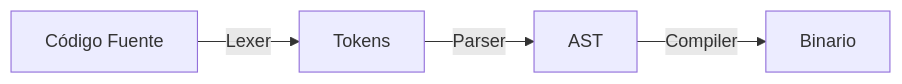
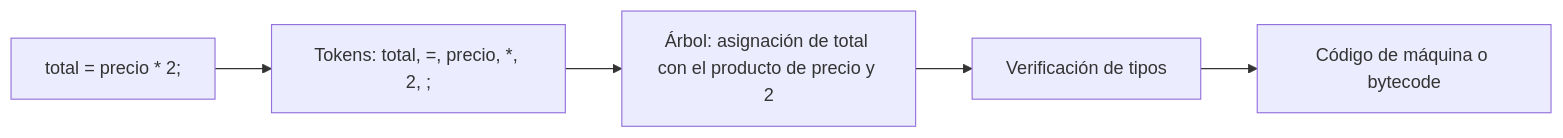
The third of 3 diagrams in public/documents/semester-1/3/1316.md (djaimej/computer-science-template), drawn with Mermaid before and after one commit. The commit also changed other lines of this file and 6 other files, not shown here.

````diff
--- a/public/documents/semester-1/3/1316.md
+++ b/public/documents/semester-1/3/1316.md
@@ -122,6 +127,7 @@
 ```mermaid
 flowchart LR
-CF["Código Fuente"] -- Lexer --> T["Tokens"]
-T -- Parser --> AST["AST"]
-AST -- Compiler --> B["Binario"]
+  T["total = precio * 2;"] --> LX["Tokens: total, =, precio, *, 2, ;"]
+  LX --> AST["Árbol: asignación de total con el producto de precio y 2"]
+  AST --> SEM["Verificación de tipos"]
+  SEM --> COD["Código de máquina o bytecode"]
 ```
````
